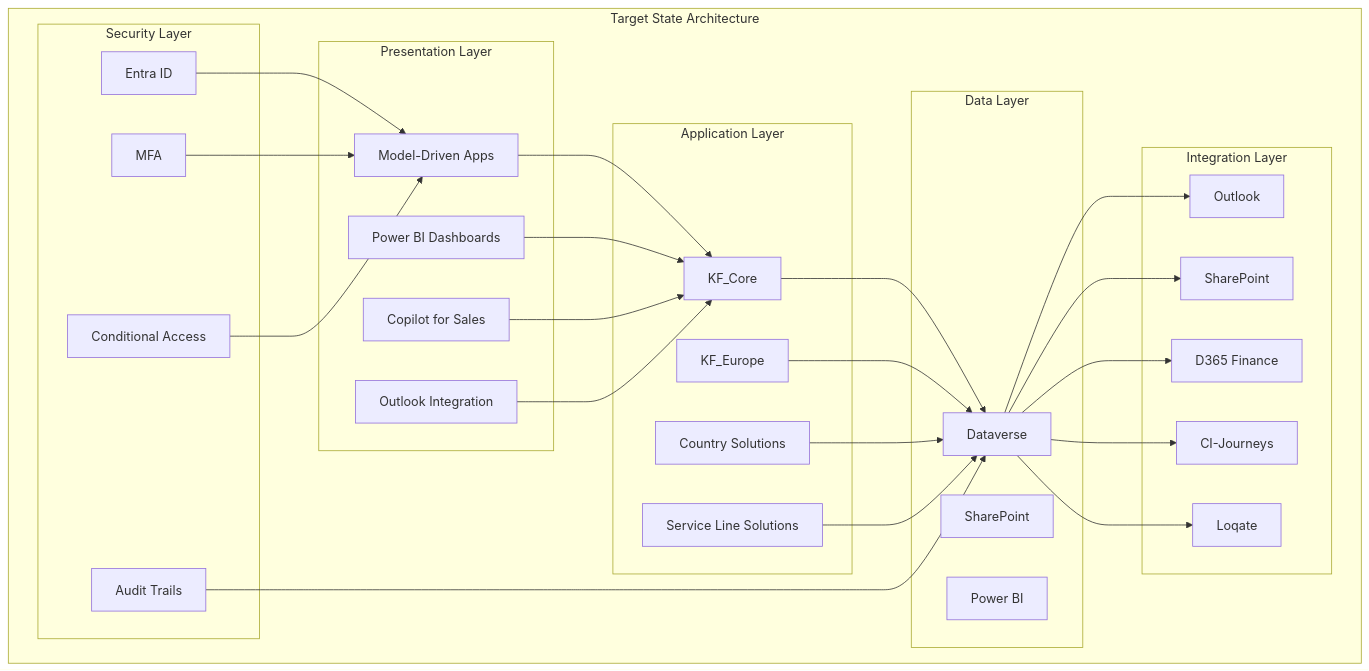
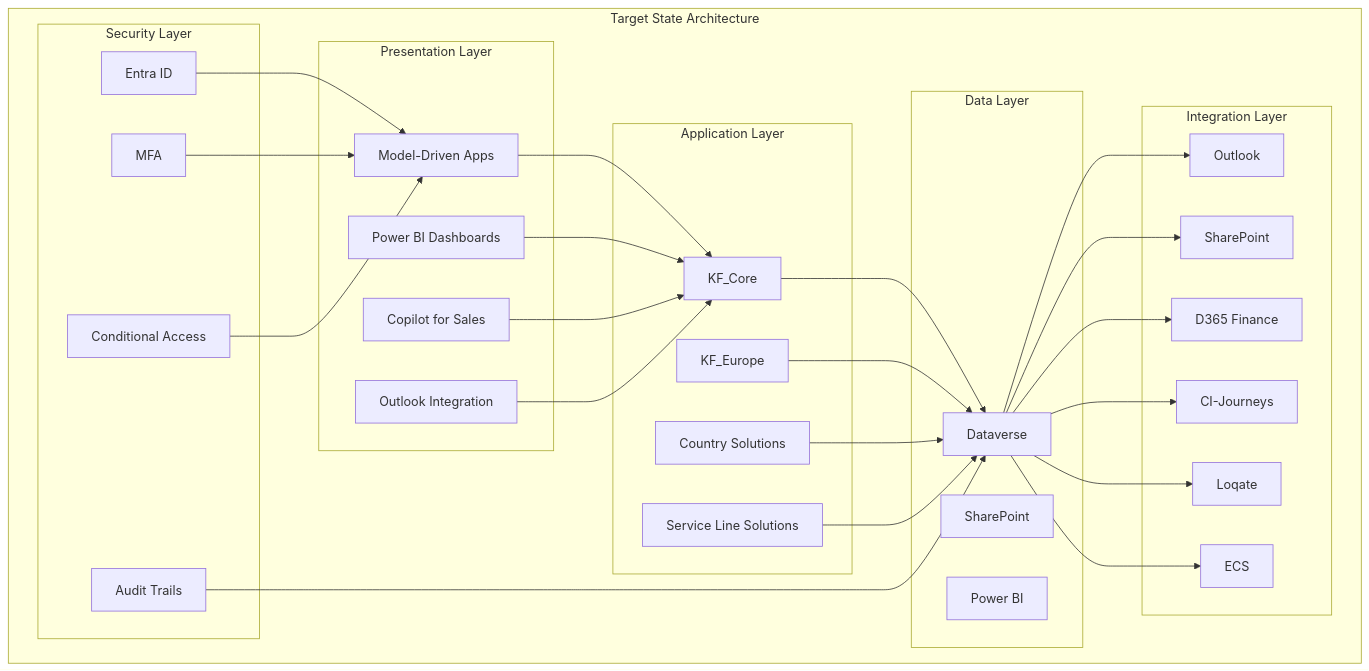
The diagram in POC-EuroCRM-Vault/wiki/architecture-target-state.md (newportg/POC-EuroCRM), drawn with Mermaid before and after one commit. The commit also changed other lines of this file and 15 other files, not shown here.

````diff
--- a/POC-EuroCRM-Vault/wiki/architecture-target-state.md
+++ b/POC-EuroCRM-Vault/wiki/architecture-target-state.md
@@ -14,56 +14,58 @@
 ```mermaid
 graph TB
     subgraph "Target State Architecture"
         subgraph "Presentation Layer"
             PL1[Model-Driven Apps]
             PL2[Power BI Dashboards]
             PL3[Copilot for Sales]
             PL4[Outlook Integration]
         end
         subgraph "Application Layer"
             AL1[KF_Core]
             AL2[KF_Europe]
             AL3[Country Solutions]
             AL4[Service Line Solutions]
         end
         subgraph "Data Layer"
             DL1[Dataverse]
             DL2[SharePoint]
             DL3[Power BI]
         end
         subgraph "Integration Layer"
             IL1[Outlook]
             IL2[SharePoint]
             IL3[D365 Finance]
             IL4[CI-Journeys]
             IL5[Loqate]
+            IL6[ECS]
         end
         subgraph "Security Layer"
             SL1[Entra ID]
             SL2[MFA]
             SL3[Conditional Access]
             SL4[Audit Trails]
         end
     end
 
     PL1 --> AL1
     PL2 --> AL1
     PL3 --> AL1
     PL4 --> AL1
 
     AL1 --> DL1
     AL2 --> DL1
     AL3 --> DL1
     AL4 --> DL1
 
     DL1 --> IL1
     DL1 --> IL2
     DL1 --> IL3
     DL1 --> IL4
     DL1 --> IL5
+    DL1 --> IL6
 
     SL1 --> PL1
     SL2 --> PL1
     SL3 --> PL1
     SL4 --> DL1
 ```
````
